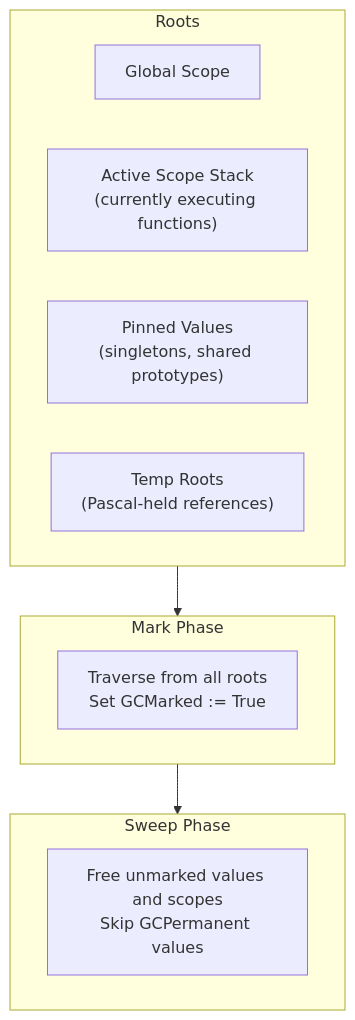
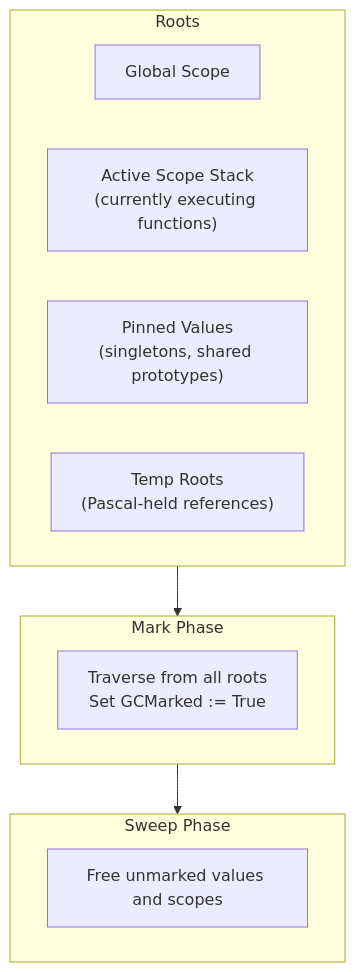
The fourth of 4 diagrams in docs/architecture.md (frostney/GocciaScript), drawn with Mermaid before and after one commit. The commit also changed other lines of this file and 10 other files, not shown here.

````diff
--- a/docs/architecture.md
+++ b/docs/architecture.md
@@ -160,16 +160,16 @@
 ```mermaid
 flowchart TD
     subgraph Roots
         Global["Global Scope"]
         Active["Active Scope Stack\n(currently executing functions)"]
         Pinned["Pinned Values\n(singletons, shared prototypes)"]
         Temp["Temp Roots\n(Pascal-held references)"]
     end
     subgraph Mark["Mark Phase"]
         Traverse["Traverse from all roots\nSet GCMarked := True"]
     end
     subgraph Sweep["Sweep Phase"]
-        Free["Free unmarked values and scopes\nSkip GCPermanent values"]
+        Free["Free unmarked values and scopes"]
     end
     Roots --> Mark --> Sweep
 ```
````
